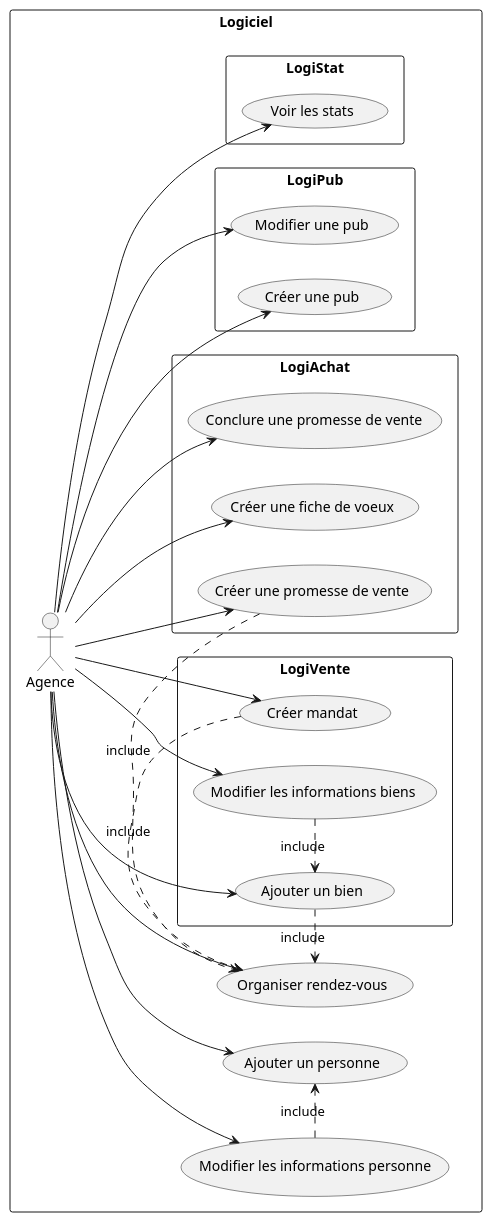
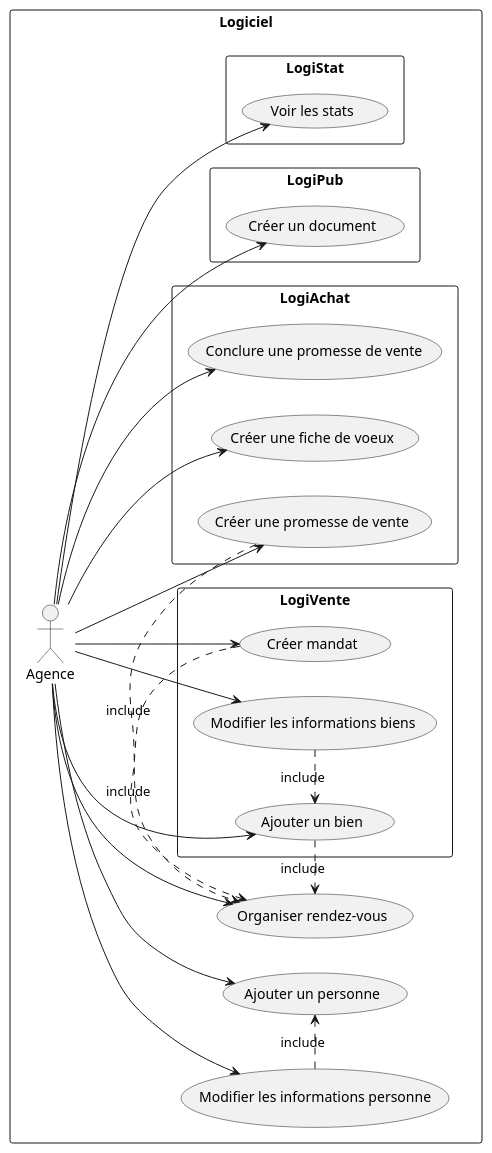
The diagram in DOC/UML/diagUseCase.plantuml (DenisGuiraudet/MIASHS_UML_PTUT), drawn with PlantUML before and after one commit. The commit also changed 1 other file, not shown here.

```diff
--- a/DOC/UML/diagUseCase.plantuml
+++ b/DOC/UML/diagUseCase.plantuml
@@ -1,40 +1,39 @@
 @startuml
 left to right direction
 
 
 rectangle "Logiciel" {
 
     Agence --> (Ajouter un personne)
     Agence --> (Modifier les informations personne)
     (Modifier les informations personne) .> (Ajouter un personne) : include
     Agence --> (Organiser rendez-vous)
 
 
     rectangle "LogiVente"{
         Agence --> (Ajouter un bien)
         (Ajouter un bien) .> (Organiser rendez-vous) : include
         Agence --> (Modifier les informations biens)
         (Modifier les informations biens) .> (Ajouter un bien) : include
         Agence --> (Créer mandat)
         (Créer mandat) .> (Organiser rendez-vous) : include
 
     }
     rectangle "LogiAchat"{
         Agence --> (Créer une fiche de voeux)
         Agence --> (Créer une promesse de vente)
         (Créer une promesse de vente) .> (Organiser rendez-vous) : include
         Agence --> (Conclure une promesse de vente)
     }
 
     rectangle "LogiPub"{
-        Agence --> (Créer une pub)
-        Agence --> (Modifier une pub)
+        Agence --> (Créer un document)
     }
     rectangle "LogiStat"{
         Agence --> (Voir les stats)
     }
 
 }
 
 
 @enduml
```
